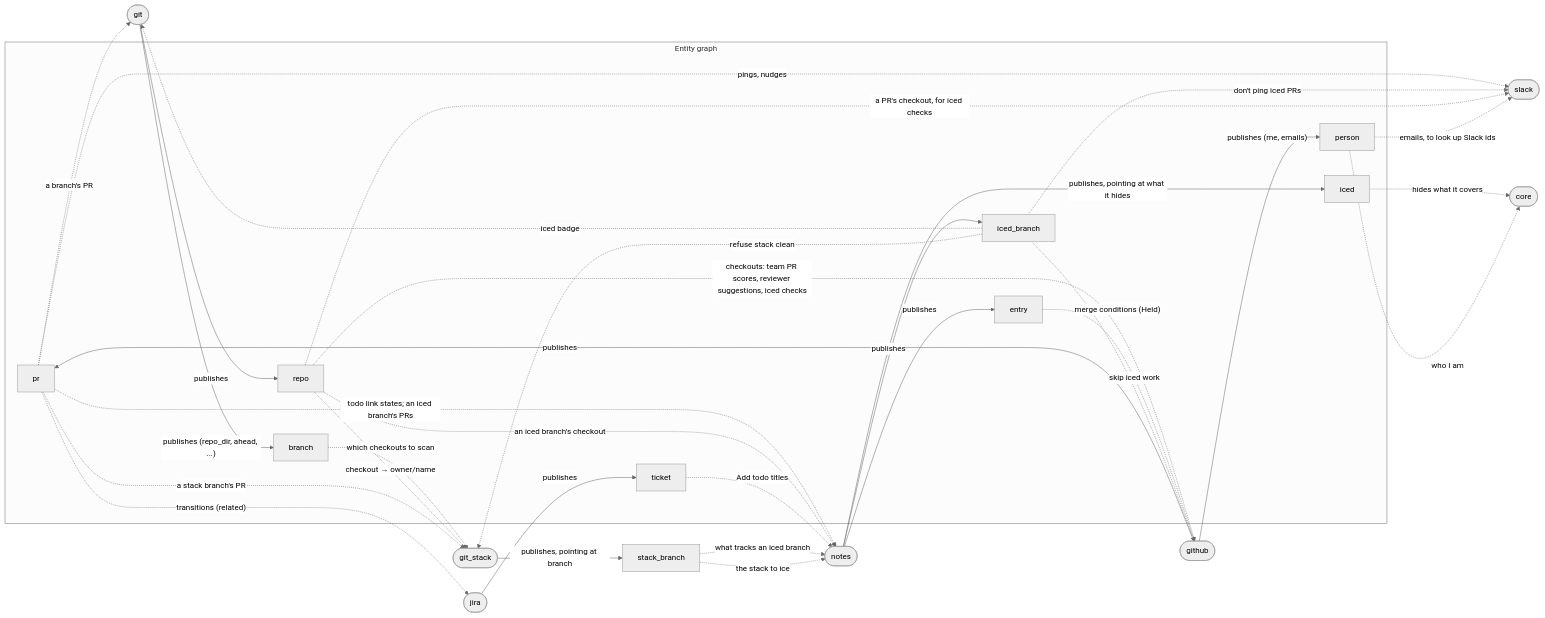
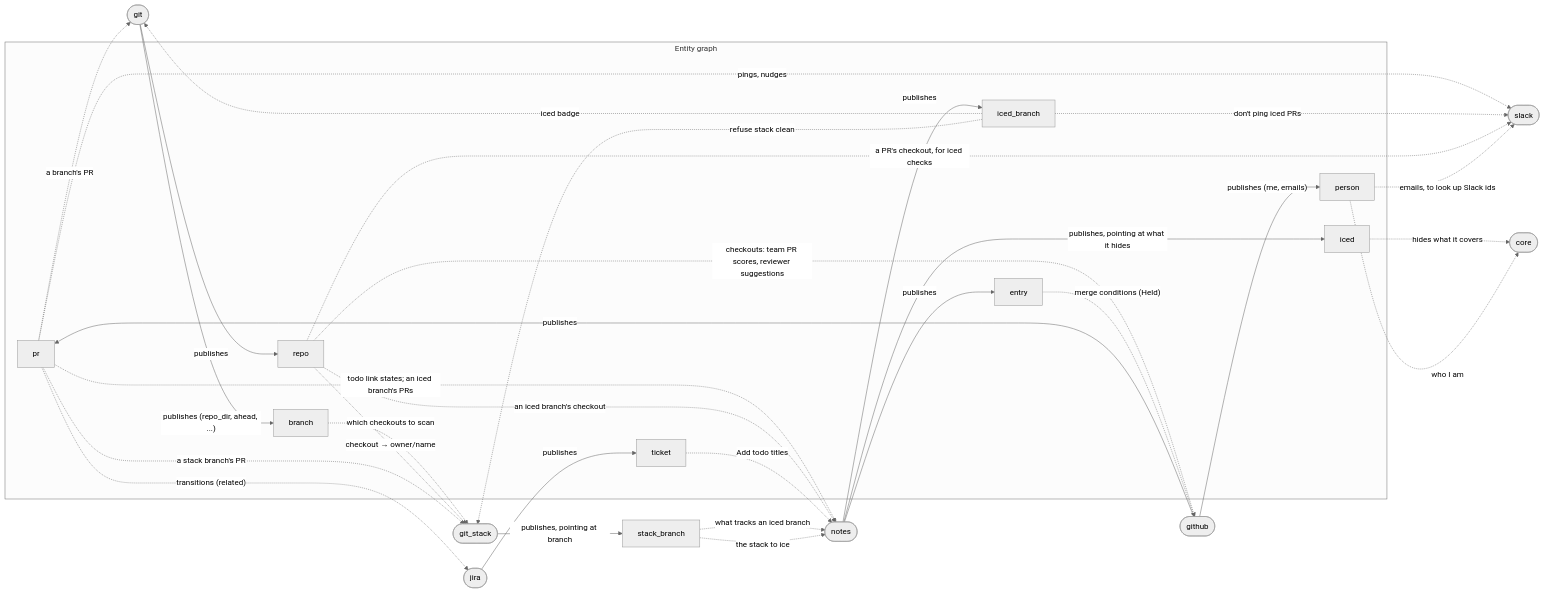
Before and after one commit to benekastah/move-forward: the first of 2 diagrams in docs/plugins.md, drawn with Mermaid (neutral theme). The commit also changed 1 other file, not shown here.

Commit message:
Stop github checking for ice itself
Core hides what notes' ice covers, PRs from iced branches included, so
github no longer reads `iced_branch` or matches branch names.

````diff
--- a/docs/plugins.md
+++ b/docs/plugins.md
@@ -14,45 +14,44 @@
 ```mermaid
 flowchart LR
     subgraph Graph["Entity graph"]
         pr[pr]
         person[person]
         repo[repo]
         branch[branch]
         ticket[ticket]
         entry[entry]
         iced[iced_branch]
         ice[iced]
     end
 
     github([github]) -- publishes --> pr
     github -- "publishes (me, emails)" --> person
     git([git]) -- publishes --> repo
     git -- "publishes (repo_dir, ahead, ...)" --> branch
     git_stack([git_stack]) -- "publishes, pointing at branch" --> stack_branch[stack_branch]
     jira([jira]) -- publishes --> ticket
     notes([notes]) -- publishes --> entry
     notes -- publishes --> iced
     notes -- "publishes, pointing at what it hides" --> ice
     ice -. "hides what it covers" .-> core([core])
 
-    repo -. "checkouts: team PR scores, reviewer suggestions, iced checks" .-> github
+    repo -. "checkouts: team PR scores, reviewer suggestions" .-> github
     entry -. "merge conditions (Held)" .-> github
-    iced -. "skip iced work" .-> github
     pr -. "a branch's PR" .-> git
     iced -. "iced badge" .-> git
     branch -. "which checkouts to scan" .-> git_stack
     repo -. "checkout → owner/name" .-> git_stack
     pr -. "a stack branch's PR" .-> git_stack
     iced -. "refuse stack clean" .-> git_stack
     pr -. "transitions (related)" .-> jira
     pr -. "pings, nudges" .-> slack([slack])
     iced -. "don't ping iced PRs" .-> slack
     repo -. "a PR's checkout, for iced checks" .-> slack
     person -. "emails, to look up Slack ids" .-> slack
     pr -. "todo link states; an iced branch's PRs" .-> notes
     repo -. "an iced branch's checkout" .-> notes
     stack_branch -. "what tracks an iced branch" .-> notes
     ticket -. "Add todo titles" .-> notes
     stack_branch -. "the stack to ice" .-> notes
     person -. "who I am" .-> core([core])
 ```
````
